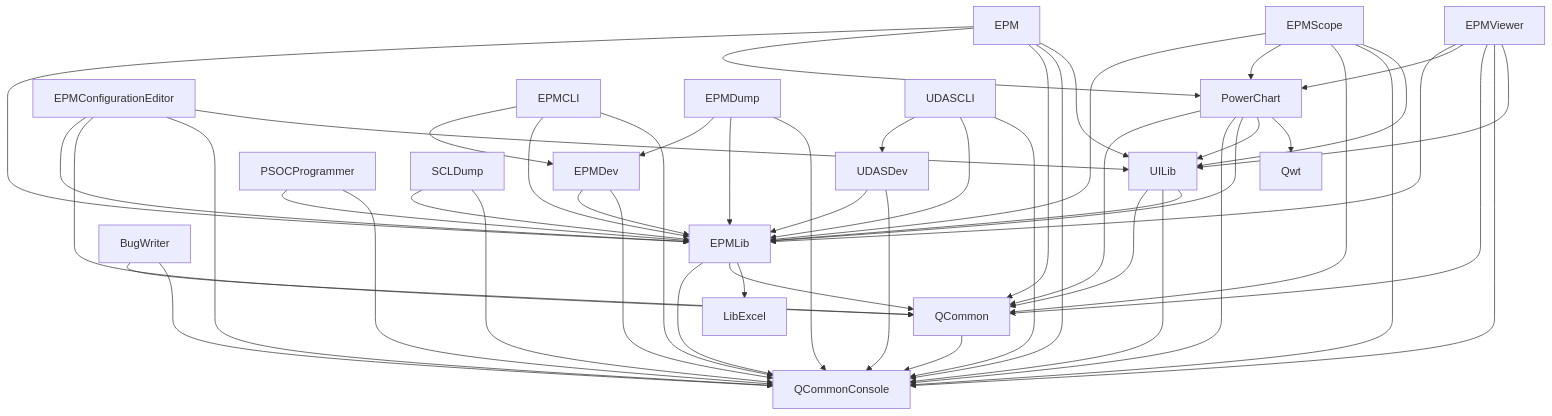
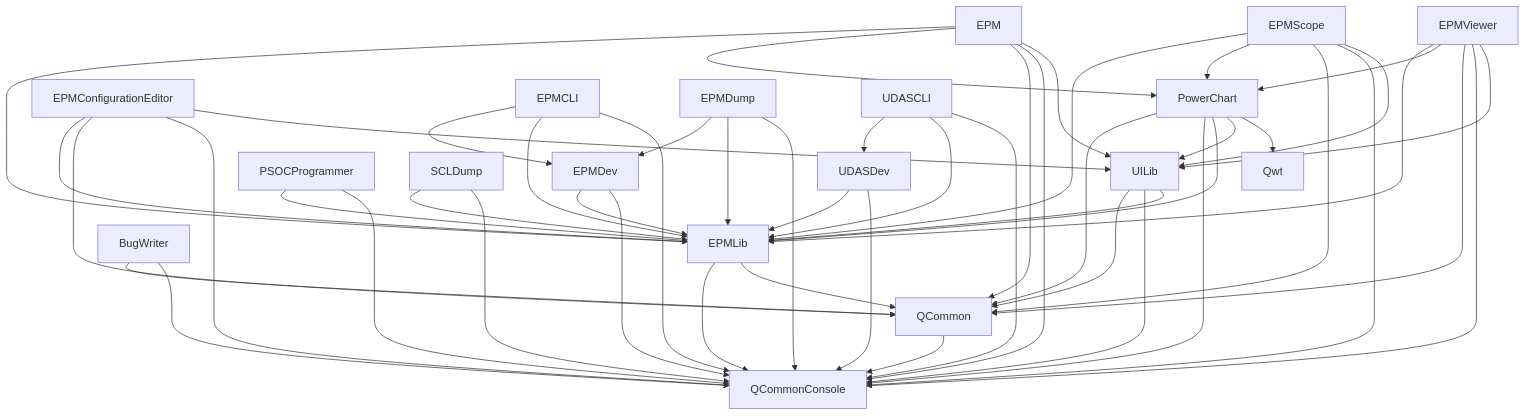
One commit to qualcomm/qcom-embedded-power-measurement changed the diagram in README.md. Above: the diagram before and after it, drawn with Mermaid. The commit also changed 4 other files, not shown here.

````diff
--- a/README.md
+++ b/README.md
@@ -158,73 +158,71 @@
 ```mermaid
 graph TD
     %% Base Libraries
     QCommonConsole[QCommonConsole]
     QCommon[QCommon] --> QCommonConsole
-    LibExcel[LibExcel]
     EPMLib[EPMLib] --> QCommonConsole
     EPMLib --> QCommon
-    EPMLib --> LibExcel
     
     %% Intermediate Libraries
     UILib[UILib] --> QCommon
     UILib --> QCommonConsole
     UILib --> EPMLib
     
     PowerChart[PowerChart] --> QCommon
     PowerChart --> QCommonConsole
     PowerChart --> EPMLib
     PowerChart --> UILib
     PowerChart --> Qwt[Qwt]
     
     %% Interfaces
     EPMDev[EPMDev] --> EPMLib
     EPMDev --> QCommonConsole
     
     UDASDev[UDASDev] --> EPMLib
     UDASDev --> QCommonConsole
     
     %% Applications
     BugWriter[BugWriter] --> QCommon
     BugWriter --> QCommonConsole
     
     EPM[EPM] --> EPMLib
     EPM --> PowerChart
     EPM --> QCommon
     EPM --> QCommonConsole
     EPM --> UILib
     
     EPMConfigurationEditor[EPMConfigurationEditor] --> EPMLib
     EPMConfigurationEditor --> QCommon
     EPMConfigurationEditor --> QCommonConsole
     EPMConfigurationEditor --> UILib
     
     EPMCLI[EPMCLI] --> EPMDev
     EPMCLI --> EPMLib
     EPMCLI --> QCommonConsole
     
     EPMDump[EPMDump] --> EPMDev
     EPMDump --> EPMLib
     EPMDump --> QCommonConsole
     
     EPMScope[EPMScope] --> EPMLib
     EPMScope --> PowerChart
     EPMScope --> QCommon
     EPMScope --> QCommonConsole
     EPMScope --> UILib
     
     EPMViewer[EPMViewer] --> EPMLib
     EPMViewer --> PowerChart
     EPMViewer --> QCommon
     EPMViewer --> QCommonConsole
     EPMViewer --> UILib
     
     PSOCProgrammer[PSOCProgrammer] --> EPMLib
     PSOCProgrammer --> QCommonConsole
     
     SCLDump[SCLDump] --> EPMLib
     SCLDump --> QCommonConsole
     
     UDASCLI[UDASCLI] --> UDASDev
     UDASCLI --> EPMLib
     UDASCLI --> QCommonConsole
 ```
````
